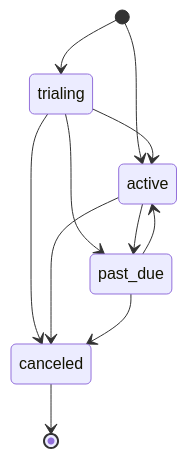
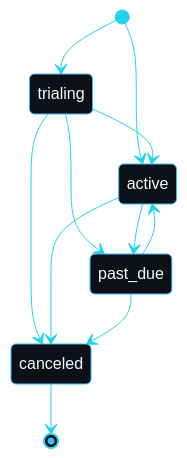
Before and after one commit to sarmakska/shipyard: the diagram in wiki/Billing.md, drawn with Mermaid. The commit also changed other lines of this file and 9 other files, not shown here.

Commit message:
docs: lift in-repo wiki with themed diagrams, failure modes, roadmap and footers

````diff
--- a/wiki/Billing.md
+++ b/wiki/Billing.md
@@ -67,13 +67,14 @@
 ```mermaid
+%%{init: {'theme':'base','themeVariables':{'primaryColor':'#0d1117','primaryTextColor':'#f5f7fa','primaryBorderColor':'#38bdf8','lineColor':'#22d3ee','secondaryColor':'#0f172a','tertiaryColor':'#0d1117','fontFamily':'ui-monospace, monospace'}}}%%
 stateDiagram-v2
   [*] --> trialing
   [*] --> active
   trialing --> active
   trialing --> past_due
   trialing --> canceled
   active --> past_due
   active --> canceled
   past_due --> active
   past_due --> canceled
   canceled --> [*]
 ```
````
